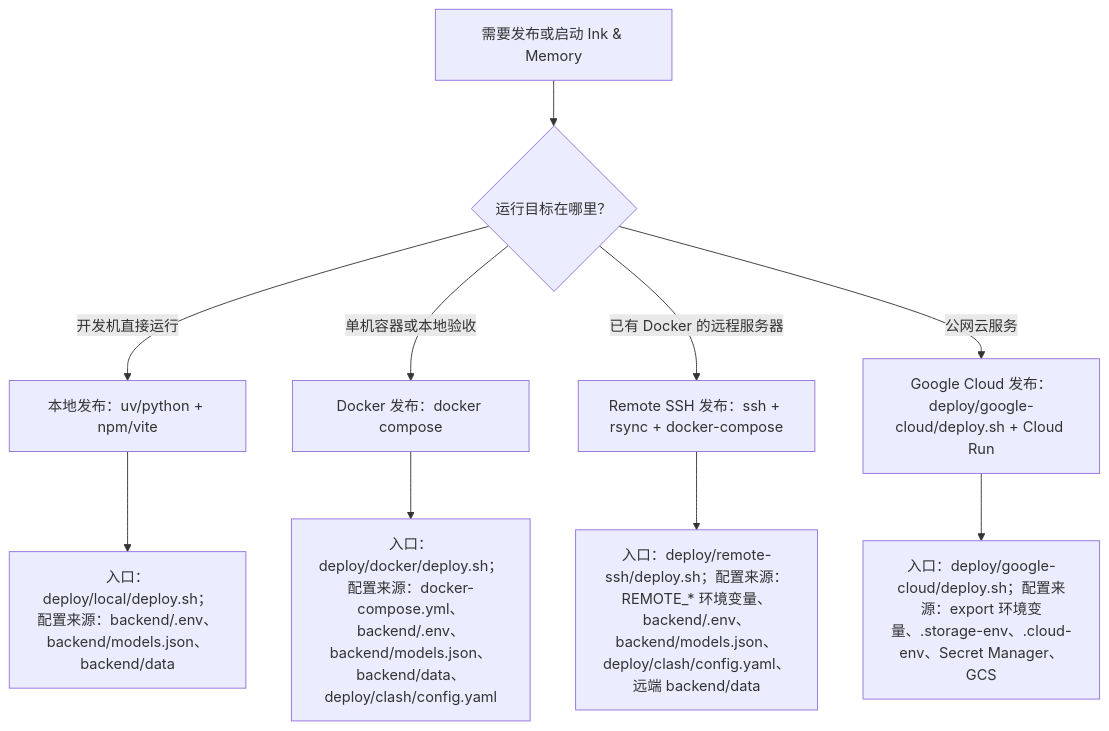
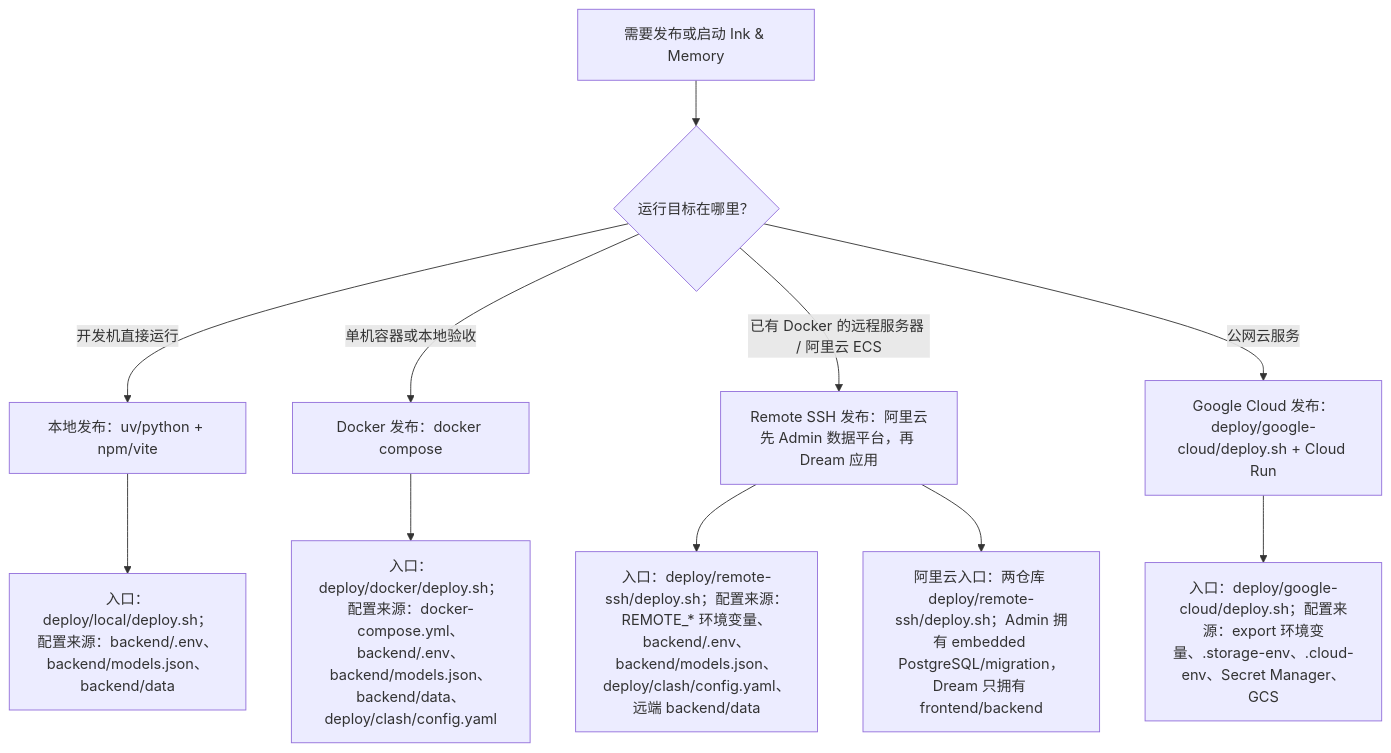
The diagram in docs/deploy/README.md (glide-the/im-dream), drawn with Mermaid before and after one commit. The commit also changed other lines of this file and 17 other files, not shown here.

Commit message:
chore(deploy): connect Dream to Admin embedded PostgreSQL

````diff
--- a/docs/deploy/README.md
+++ b/docs/deploy/README.md
@@ -43,12 +45,13 @@
 ```mermaid
 flowchart TD
   A["需要发布或启动 Ink & Memory"] --> B{"运行目标在哪里？"}
   B -->|"开发机直接运行"| C["本地发布：uv/python + npm/vite"]
   B -->|"单机容器或本地验收"| D["Docker 发布：docker compose"]
-  B -->|"已有 Docker 的远程服务器"| R["Remote SSH 发布：ssh + rsync + docker-compose"]
+  B -->|"已有 Docker 的远程服务器 / 阿里云 ECS"| R["Remote SSH 发布：阿里云先 Admin 数据平台，再 Dream 应用"]
   B -->|"公网云服务"| E["Google Cloud 发布：deploy/google-cloud/deploy.sh + Cloud Run"]
   C --> F["入口：deploy/local/deploy.sh；配置来源：backend/.env、backend/models.json、backend/data"]
   D --> G["入口：deploy/docker/deploy.sh；配置来源：docker-compose.yml、backend/.env、backend/models.json、backend/data、deploy/clash/config.yaml"]
   R --> I["入口：deploy/remote-ssh/deploy.sh；配置来源：REMOTE_* 环境变量、backend/.env、backend/models.json、deploy/clash/config.yaml、远端 backend/data"]
+  R --> J["阿里云入口：两仓库 deploy/remote-ssh/deploy.sh；Admin 拥有 embedded PostgreSQL/migration，Dream 只拥有 frontend/backend"]
   E --> H["入口：deploy/google-cloud/deploy.sh；配置来源：export 环境变量、.storage-env、.cloud-env、Secret Manager、GCS"]
 ```
````
